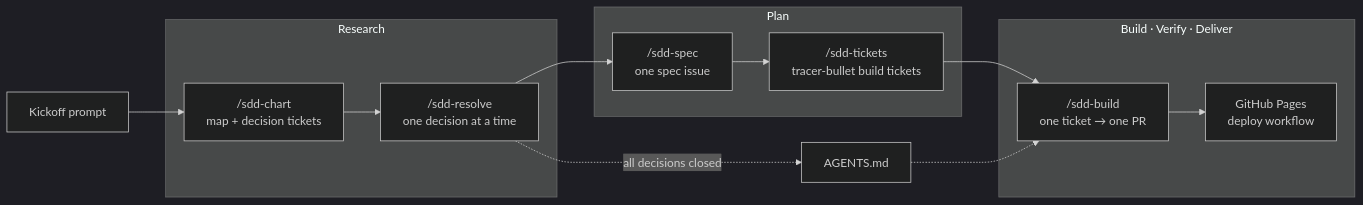
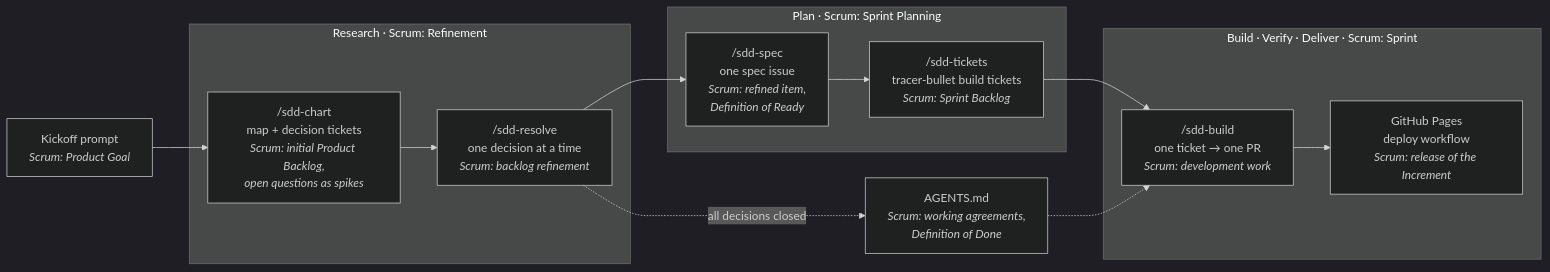
Before and after one commit to bgustavocosta-m/sdd-demo-test: the first of 2 diagrams in SESSION_GUIDE.md, drawn with Mermaid (dark theme).

Commit message:
Add Scrum-mapped version of the cycle flowchart to session guide

````diff
--- a/SESSION_GUIDE.md
+++ b/SESSION_GUIDE.md
@@ -15,19 +15,19 @@
 ```mermaid
 flowchart LR
-    P["Kickoff prompt"] --> C
-    subgraph Research
-        C["/sdd-chart<br/>map + decision tickets"]
-        R["/sdd-resolve<br/>one decision at a time"]
+    P["Kickoff prompt<br/><i>Scrum: Product Goal</i>"] --> C
+    subgraph Research ["Research · Scrum: Refinement"]
+        C["/sdd-chart<br/>map + decision tickets<br/><i>Scrum: initial Product Backlog,<br/>open questions as spikes</i>"]
+        R["/sdd-resolve<br/>one decision at a time<br/><i>Scrum: backlog refinement</i>"]
     end
-    subgraph Plan
-        S["/sdd-spec<br/>one spec issue"]
-        T["/sdd-tickets<br/>tracer-bullet build tickets"]
+    subgraph Plan ["Plan · Scrum: Sprint Planning"]
+        S["/sdd-spec<br/>one spec issue<br/><i>Scrum: refined item,<br/>Definition of Ready</i>"]
+        T["/sdd-tickets<br/>tracer-bullet build tickets<br/><i>Scrum: Sprint Backlog</i>"]
     end
-    subgraph "Build · Verify · Deliver"
-        B["/sdd-build<br/>one ticket → one PR"]
-        D["GitHub Pages<br/>deploy workflow"]
+    subgraph Build ["Build · Verify · Deliver · Scrum: Sprint"]
+        B["/sdd-build<br/>one ticket → one PR<br/><i>Scrum: development work</i>"]
+        D["GitHub Pages<br/>deploy workflow<br/><i>Scrum: release of the Increment</i>"]
     end
     C --> R --> S --> T --> B --> D
-    R -. "all decisions closed" .-> A["AGENTS.md"]
+    R -. "all decisions closed" .-> A["AGENTS.md<br/><i>Scrum: working agreements,<br/>Definition of Done</i>"]
     A -.-> B
 ```
````
